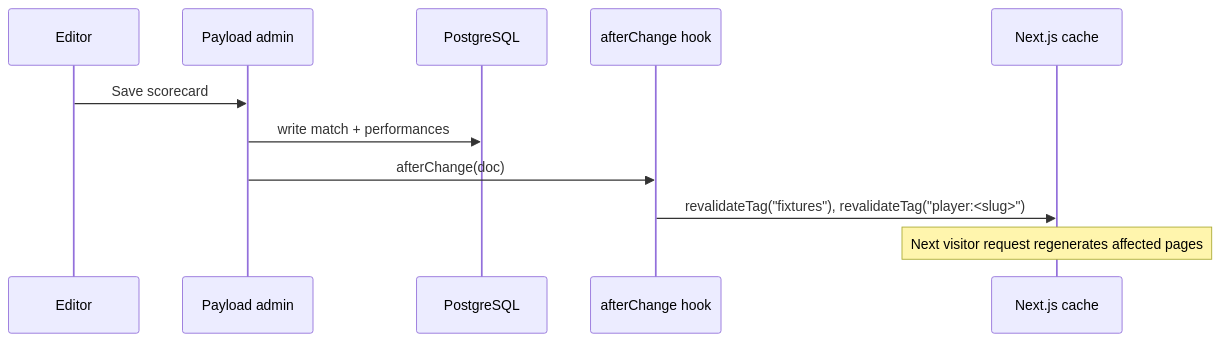
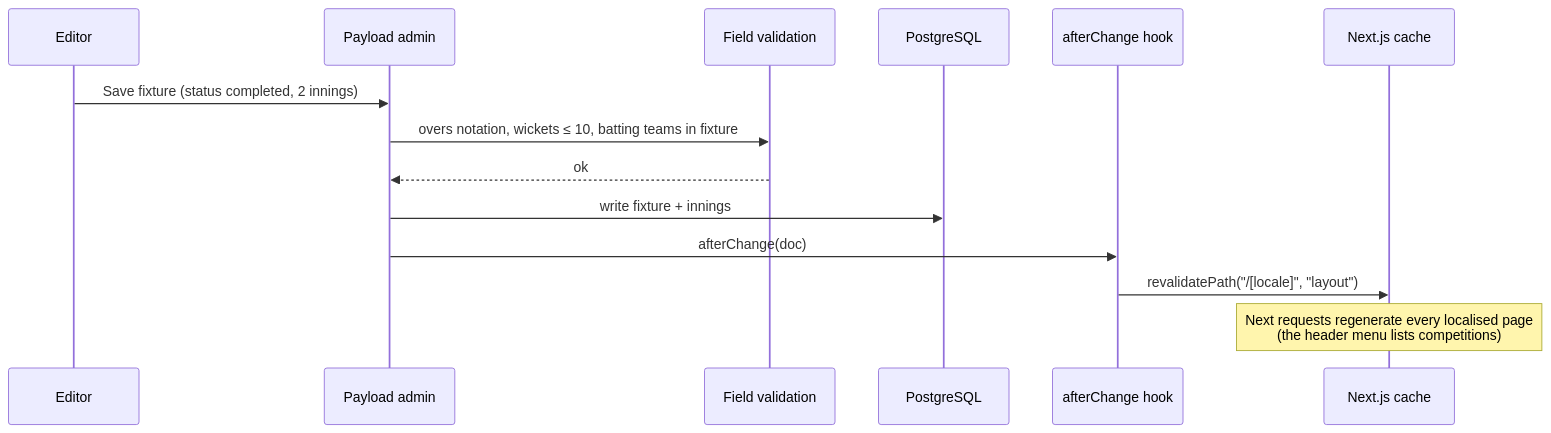
Before and after one commit to Saqibrafiq/erlangen-cricket-club: the second of 3 diagrams in docs/arc42/06-runtime-view.md, drawn with Mermaid. The commit also changed other lines of this file and 156 other files, not shown here.

First line of the commit message:
feat(fixtures): add fixtures & results for all 2026 competitions

````diff
--- a/docs/arc42/06-runtime-view.md
+++ b/docs/arc42/06-runtime-view.md
@@ -28,14 +28,17 @@
 ```mermaid
 sequenceDiagram
   participant E as Editor
   participant A as Payload admin
+  participant V as Field validation
   participant DB as PostgreSQL
   participant H as afterChange hook
   participant N as Next.js cache
 
-  E->>A: Save scorecard
-  A->>DB: write match + performances
+  E->>A: Save fixture (status completed, 2 innings)
+  A->>V: overs notation, wickets ≤ 10, batting teams in fixture
+  V-->>A: ok
+  A->>DB: write fixture + innings
   A->>H: afterChange(doc)
-  H->>N: revalidateTag("fixtures"), revalidateTag("player:<slug>")
-  Note over N: Next visitor request regenerates affected pages
+  H->>N: revalidatePath("/[locale]", "layout")
+  Note over N: Next requests regenerate every localised page<br/>(the header menu lists competitions)
 ```
````
